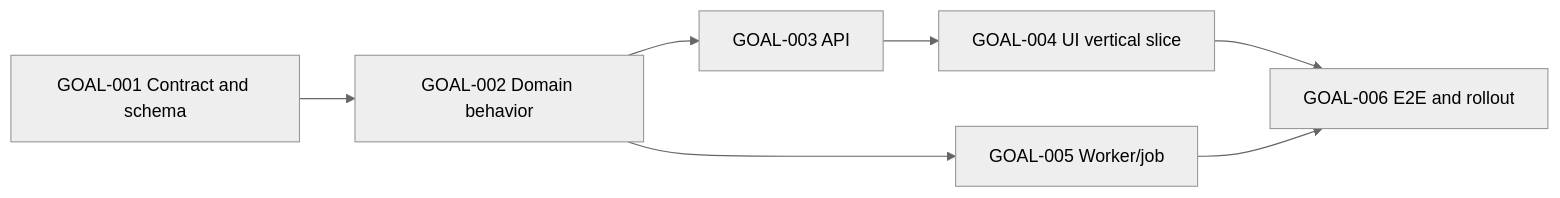
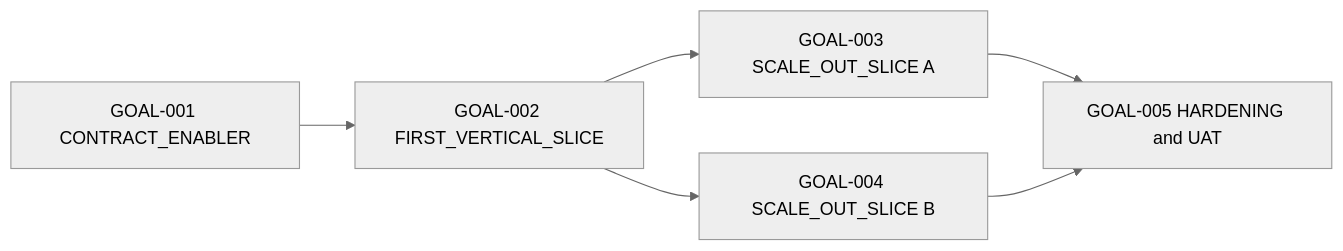
One commit to aultramen/super-compound changed the sixth of 6 diagrams in .agent/templates/agentic-delivery/FSD-Agentic-AI-Ready-Template.md. Above: the diagram before and after it, drawn with Mermaid (neutral theme). The commit also changed other lines of this file and 68 other files, not shown here.

````diff
--- a/.agent/templates/agentic-delivery/FSD-Agentic-AI-Ready-Template.md
+++ b/.agent/templates/agentic-delivery/FSD-Agentic-AI-Ready-Template.md
@@ -1880,9 +1995,8 @@
 ```mermaid
 flowchart LR
-    G001[GOAL-001 Contract and schema] --> G002[GOAL-002 Domain behavior]
-    G002 --> G003[GOAL-003 API]
-    G003 --> G004[GOAL-004 UI vertical slice]
-    G002 --> G005[GOAL-005 Worker/job]
-    G004 --> G006[GOAL-006 E2E and rollout]
-    G005 --> G006
+    G001[GOAL-001 CONTRACT_ENABLER] --> G002[GOAL-002 FIRST_VERTICAL_SLICE]
+    G002 --> G003[GOAL-003 SCALE_OUT_SLICE A]
+    G002 --> G004[GOAL-004 SCALE_OUT_SLICE B]
+    G003 --> G005[GOAL-005 HARDENING and UAT]
+    G004 --> G005
 ```
````
